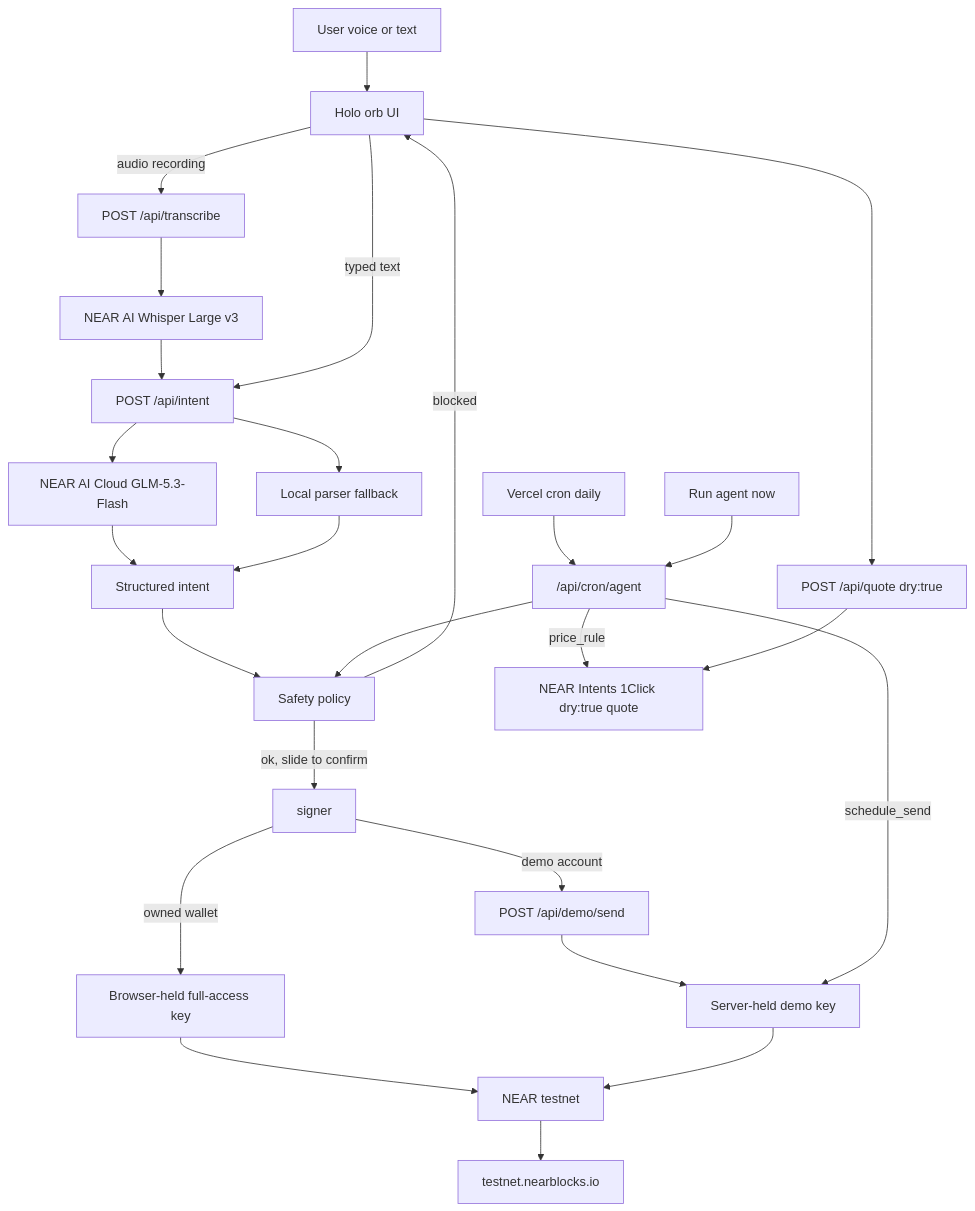
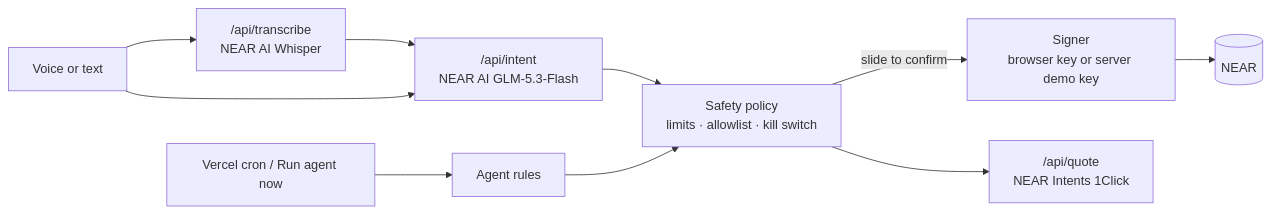
The diagram in README.md (KhomDev/vibe-wallet), drawn with Mermaid before and after one commit. The commit also changed other lines of this file and 12 other files, not shown here.

Commit message:
Add a mainnet proof (signer transfer and executed NEAR Intents swap), an opt-in mainnet network mode, and a judge-grade README with a business model.

````diff
--- a/README.md
+++ b/README.md
@@ -40,28 +98,11 @@
 ```mermaid
-flowchart TD
-  user[User voice or text] --> orb[Holo orb UI]
-  orb -->|audio recording| transcribe["POST /api/transcribe"]
-  transcribe --> whisper[NEAR AI Whisper Large v3]
-  whisper --> intentApi
-  orb -->|typed text| intentApi["POST /api/intent"]
-  intentApi --> nearai[NEAR AI Cloud GLM-5.3-Flash]
-  intentApi --> local[Local parser fallback]
-  nearai --> intent[Structured intent]
-  local --> intent
-  intent --> policy[Safety policy]
-  policy -->|blocked| orb
-  policy -->|ok, slide to confirm| signer
-  signer -->|owned wallet| browserKey[Browser-held full-access key]
-  signer -->|demo account| demoApi["POST /api/demo/send"]
-  browserKey --> testnet[NEAR testnet]
-  demoApi --> serverKey[Server-held demo key]
-  serverKey --> testnet
-  testnet --> explorer[testnet.nearblocks.io]
-  cron[Vercel cron daily] --> agent["/api/cron/agent"]
-  runNow[Run agent now] --> agent
-  agent --> policy
-  agent -->|schedule_send| serverKey
-  agent -->|price_rule| intents["NEAR Intents 1Click dry:true quote"]
-  orb --> quoteApi["POST /api/quote dry:true"]
-  quoteApi --> intents
+flowchart LR
+  voice[Voice or text] --> stt["/api/transcribe<br/>NEAR AI Whisper"]
+  stt --> nlu["/api/intent<br/>NEAR AI GLM-5.3-Flash"]
+  voice --> nlu
+  nlu --> policy[Safety policy<br/>limits · allowlist · kill switch]
+  policy -->|slide to confirm| signer[Signer<br/>browser key or server demo key]
+  signer --> near[(NEAR)]
+  policy --> quote["/api/quote<br/>NEAR Intents 1Click"]
+  cron[Vercel cron / Run agent now] --> agent[Agent rules] --> policy
 ```
````
